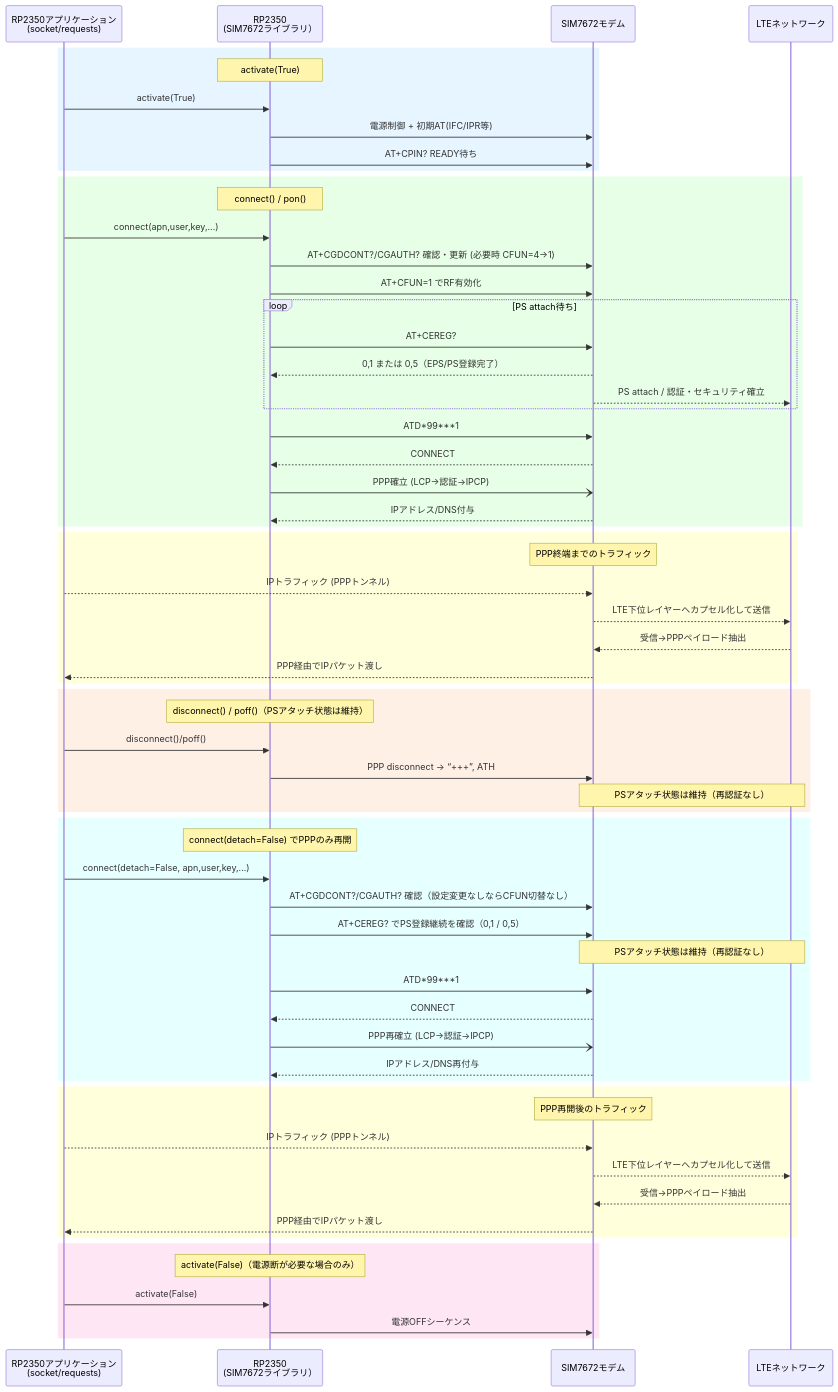
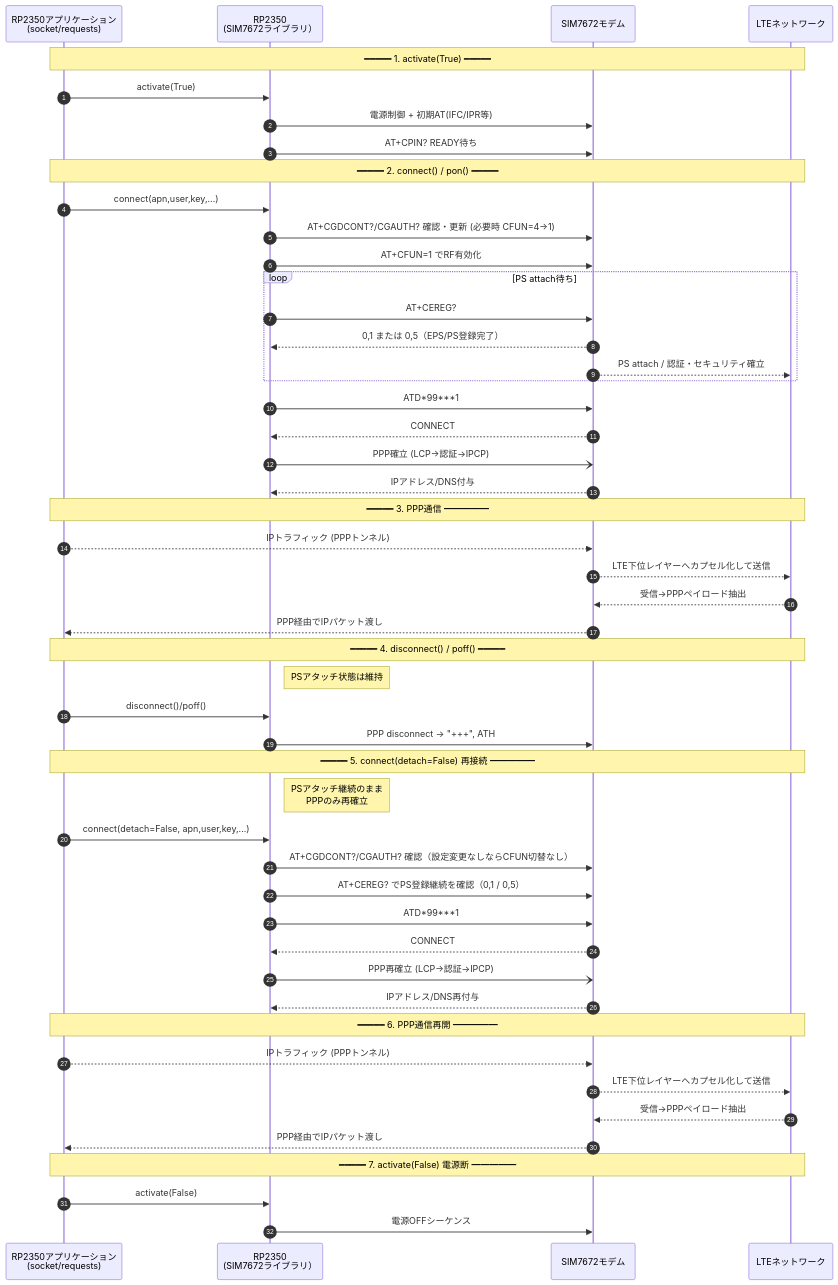
The diagram in articles/mechatrax-microcat1-cellular.md (takao2704/public-zenn-docs), drawn with Mermaid before and after one commit. The commit also changed other lines of this file, not shown here.

Commit message:
タイトルの表記を修正し、通信シーケンス図を追加

````diff
--- a/articles/mechatrax-microcat1-cellular.md
+++ b/articles/mechatrax-microcat1-cellular.md
@@ -84,72 +88,59 @@
 ```mermaid
 sequenceDiagram
+    autonumber
     participant App as RP2350アプリケーション <br> (socket/requests)
     participant SIM as RP2350 <br> (SIM7672ライブラリ）
     participant Modem as SIM7672モデム
     participant RAN as LTEネットワーク
 
-    rect rgb(230,245,255)
-    note over SIM: activate(True)
+    note over App,RAN: ━━━━━ 1. activate(True) ━━━━━
     App->>SIM: activate(True)
     SIM->>Modem: 電源制御 + 初期AT(IFC/IPR等)
     SIM->>Modem: AT+CPIN? READY待ち
-    end
 
-    rect rgb(230,255,230)
-    note over SIM: connect() / pon()
+    note over App,RAN: ━━━━━ 2. connect() / pon() ━━━━━
     App->>SIM: connect(apn,user,key,...)
     SIM->>Modem: AT+CGDCONT?/CGAUTH? 確認・更新 (必要時 CFUN=4→1)
     SIM->>Modem: AT+CFUN=1 でRF有効化
     loop PS attach待ち
         SIM->>Modem: AT+CEREG?
         Modem-->>SIM: 0,1 または 0,5（EPS/PS登録完了）
         Modem-->>RAN: PS attach / 認証・セキュリティ確立
     end
     SIM->>Modem: ATD*99***1#
     Modem-->>SIM: CONNECT
     SIM-)Modem: PPP確立 (LCP→認証→IPCP)
     Modem-->>SIM: IPアドレス/DNS付与
-    end
 
-    rect rgb(255,255,220)
-    note over Modem: PPP終端までのトラフィック
+    note over App,RAN: ━━━━━ 3. PPP通信 ━━━━━
     App-->>Modem: IPトラフィック (PPPトンネル)
     Modem-->>RAN: LTE下位レイヤーへカプセル化して送信
     RAN-->>Modem: 受信→PPPペイロード抽出
     Modem-->>App: PPP経由でIPパケット渡し
-    end
 
-    rect rgb(255,240,230)
-    note over SIM: disconnect() / poff()（PSアタッチ状態は維持）
+    note over App,RAN: ━━━━━ 4. disconnect() / poff() ━━━━━
+    note right of SIM: PSアタッチ状態は維持
     App->>SIM: disconnect()/poff()
-    SIM->>Modem: PPP disconnect → “+++”, ATH
-    Note over Modem,RAN: PSアタッチ状態は維持（再認証なし）
-    end
+    SIM->>Modem: PPP disconnect → "+++", ATH
 
-    rect rgb(230,255,255)
-    note over SIM: connect(detach=False) でPPPのみ再開
+    note over App,RAN: ━━━━━ 5. connect(detach=False) 再接続 ━━━━━
+    note right of SIM: PSアタッチ継続のまま<br/>PPPのみ再確立
     App->>SIM: connect(detach=False, apn,user,key,...)
     SIM->>Modem: AT+CGDCONT?/CGAUTH? 確認（設定変更なしならCFUN切替なし）
     SIM->>Modem: AT+CEREG? でPS登録継続を確認（0,1 / 0,5）
-    Note over Modem,RAN: PSアタッチ状態は維持（再認証なし）
     SIM->>Modem: ATD*99***1#
     Modem-->>SIM: CONNECT
     SIM-)Modem: PPP再確立 (LCP→認証→IPCP)
     Modem-->>SIM: IPアドレス/DNS再付与
-    end
 
-    rect rgb(255,255,220)
-    note over Modem: PPP再開後のトラフィック
+    note over App,RAN: ━━━━━ 6. PPP通信再開 ━━━━━
     App-->>Modem: IPトラフィック (PPPトンネル)
     Modem-->>RAN: LTE下位レイヤーへカプセル化して送信
     RAN-->>Modem: 受信→PPPペイロード抽出
     Modem-->>App: PPP経由でIPパケット渡し
-    end
 
-    rect rgb(255,230,245)
-    note over SIM: activate(False)（電源断が必要な場合のみ）
+    note over App,RAN: ━━━━━ 7. activate(False) 電源断 ━━━━━
     App->>SIM: activate(False)
     SIM->>Modem: 電源OFFシーケンス
-    end
 
 ```
````
